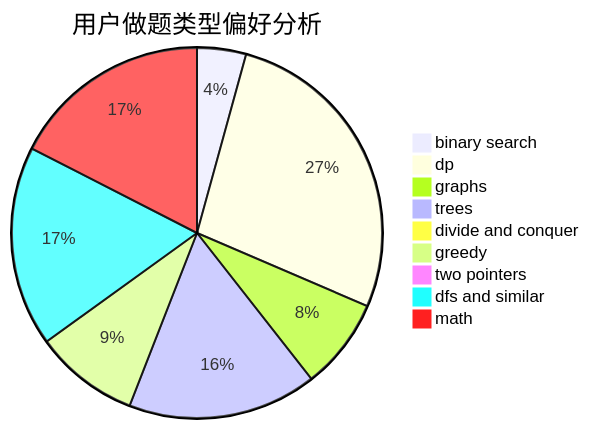
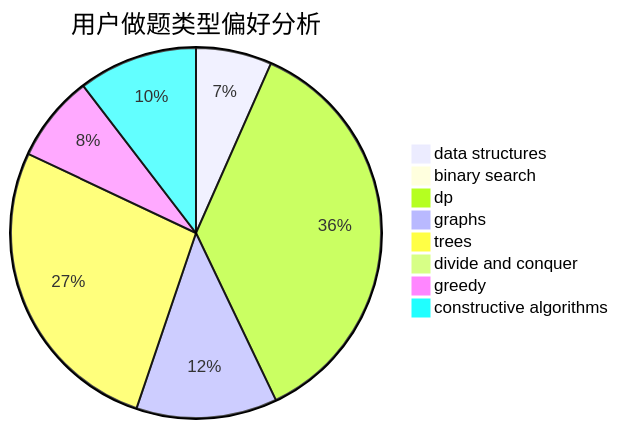
The second of 3 diagrams in docs/user/u1897.md (sherpahu/cfrs.github.io), drawn with Mermaid before and after one commit. The commit also changed other lines of this file and 2775 other files, not shown here.

````diff
--- a/docs/user/u1897.md
+++ b/docs/user/u1897.md
@@ -23,12 +23,11 @@
 ```mermaid
 pie title 用户做题类型偏好分析
-    "binary search" :  22
-    "dp" :  140
-    "graphs" :  41
+    "data structures" :  21
+    "binary search" :  1
+    "dp" :  115
+    "graphs" :  39
     "trees" :  85
     "divide and conquer" :  0
-    "greedy" :  47
-    "two pointers" :  1
-    "dfs and similar" :  90
-    "math" :  90
+    "greedy" :  24
+    "constructive algorithms" :  33
 ```
````
